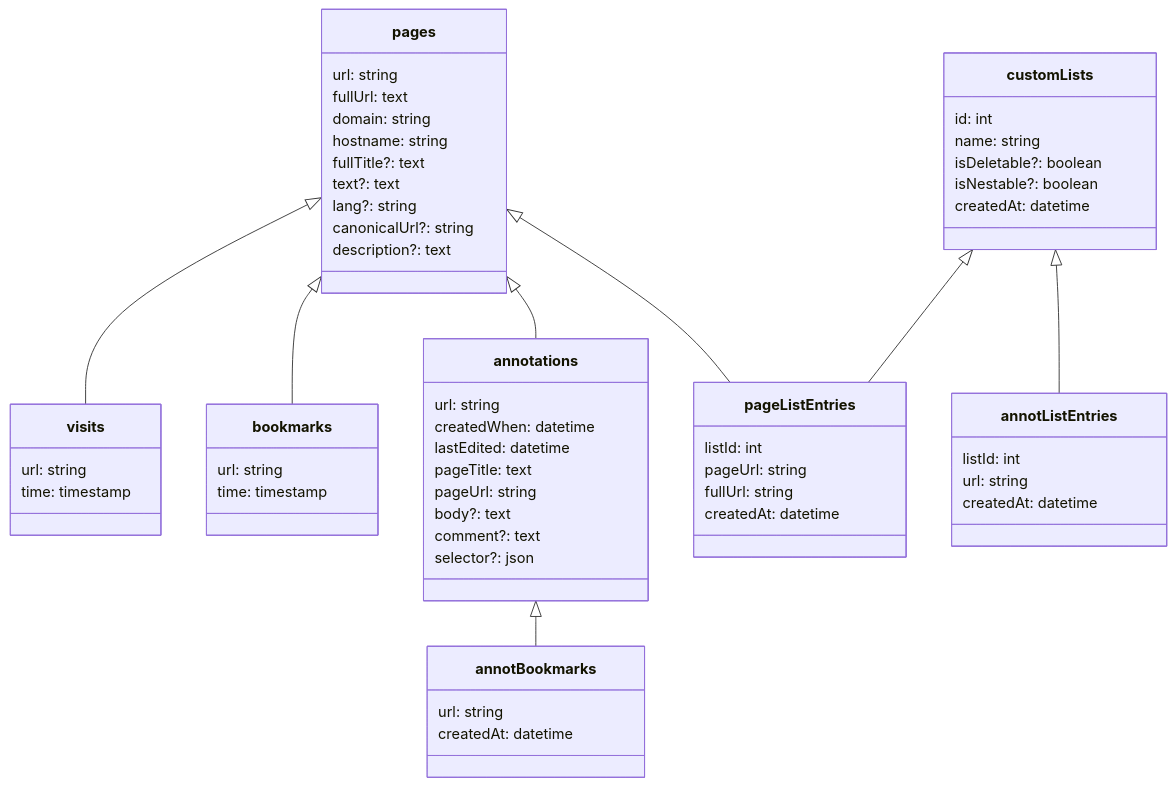
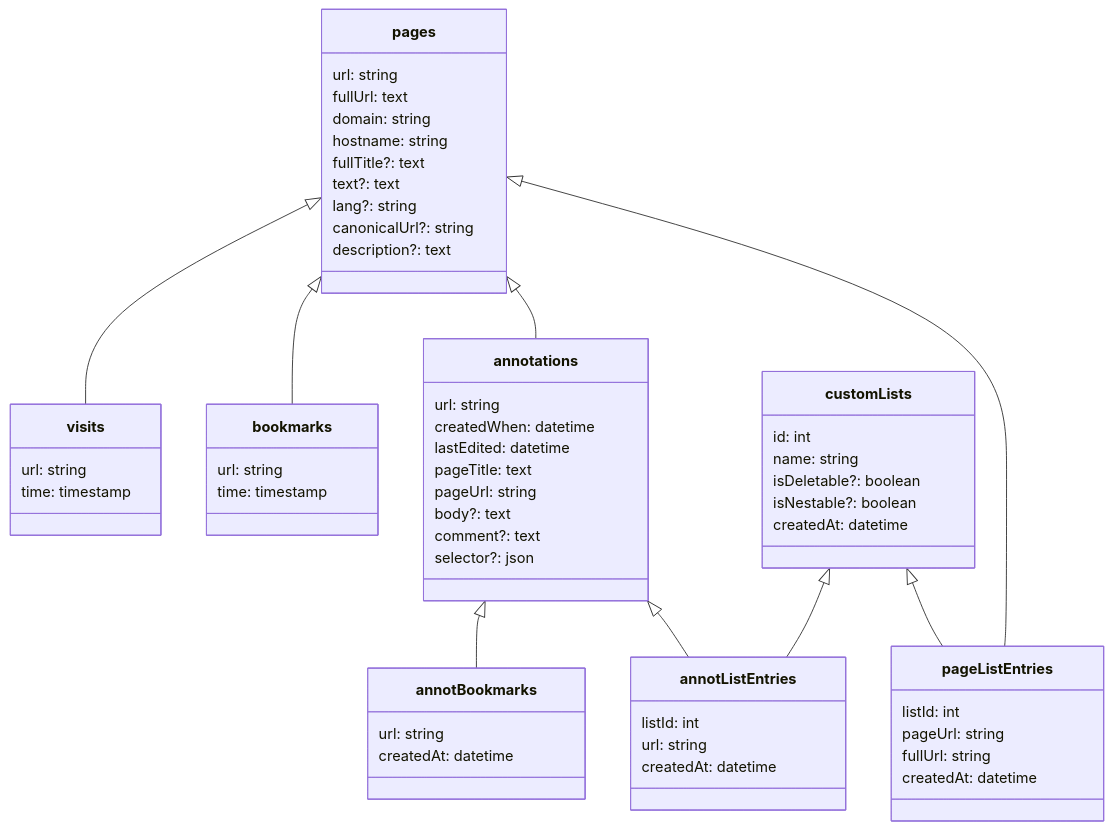
One commit to WorldBrain/storex-docs changed the diagram in docs/storex-hub/guides/memex/README.md. Above: the diagram before and after it, drawn with Mermaid. The commit also changed 3 other files, not shown here.

````diff
--- a/docs/storex-hub/guides/memex/README.md
+++ b/docs/storex-hub/guides/memex/README.md
@@ -3,62 +3,63 @@
 ```mermaid
 classDiagram
     pages <|-- visits
     pages <|-- bookmarks
     pages <|-- annotations
     pages <|-- pageListEntries
     customLists <|-- pageListEntries
     customLists <|-- annotListEntries
+    annotations <|-- annotListEntries
     annotations <|-- annotBookmarks
 
     class pages {
         url: string
         fullUrl: text
         domain: string
         hostname: string
         fullTitle?: text
         text?: text
         lang?: string
         canonicalUrl?: string
         description?: text
     }
     class visits {
         url: string
         time: timestamp
     }
     class bookmarks {
         url: string
         time: timestamp
     }
     class customLists {
         id: int
         name: string
         isDeletable?: boolean
         isNestable?: boolean
         createdAt: datetime
     }
     class pageListEntries {
         listId: int
         pageUrl: string
         fullUrl: string
         createdAt: datetime
     }
     class annotations {
         url: string
         createdWhen: datetime
         lastEdited: datetime
         pageTitle: text
         pageUrl: string
         body?: text
         comment?: text
         selector?: json
     }
     class annotBookmarks {
         url: string
         createdAt: datetime
     }
     class annotListEntries {
         listId: int
         url: string
         createdAt: datetime
     }
 ```
````
